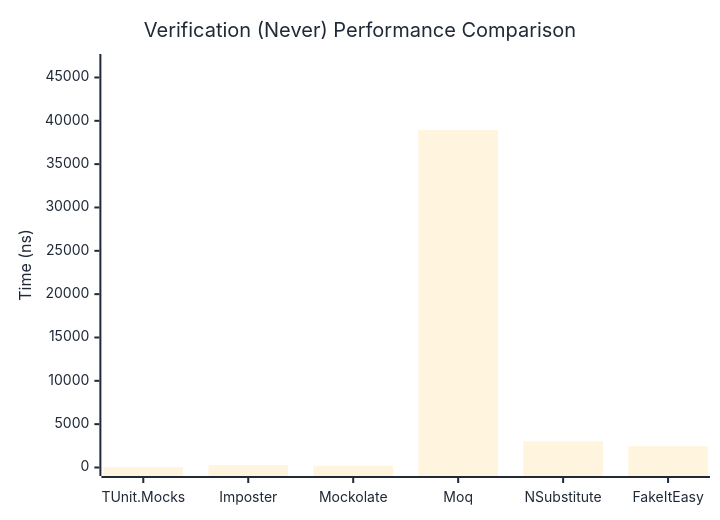
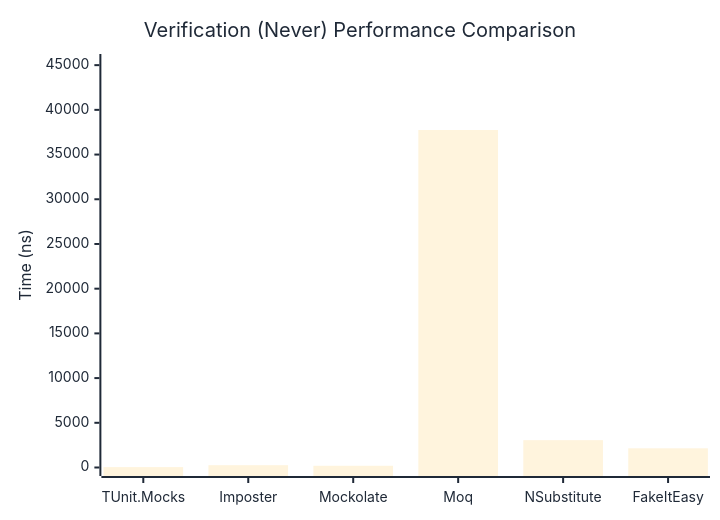
The second of 3 diagrams in docs/docs/benchmarks/mocks/Verification.md (thomhurst/TUnit), drawn with Mermaid before and after one commit. The commit also changed other lines of this file and 14 other files, not shown here.

````diff
--- a/docs/docs/benchmarks/mocks/Verification.md
+++ b/docs/docs/benchmarks/mocks/Verification.md
@@ -71,27 +71,27 @@
 ```mermaid
 %%{init: {
   'theme':'base',
   'themeVariables': {
     'primaryColor': '#2563eb',
     'primaryTextColor': '#1f2937',
     'primaryBorderColor': '#1e40af',
     'lineColor': '#6b7280',
     'secondaryColor': '#7c3aed',
     'tertiaryColor': '#dc2626',
     'background': '#ffffff',
     'pie1': '#2563eb',
     'pie2': '#7c3aed',
     'pie3': '#dc2626',
     'pie4': '#f59e0b',
     'pie5': '#10b981',
     'pie6': '#06b6d4',
     'pie7': '#ec4899',
     'pie8': '#6366f1'
   }
 }}%%
 xychart-beta
   title "Verification (Never) Performance Comparison"
   x-axis ["TUnit.Mocks", "Imposter", "Mockolate", "Moq", "NSubstitute", "FakeItEasy"]
-  y-axis "Time (ns)" 0 --> 46728
-  bar [47.65, 274.51, 210.22, 38939.23, 3021.31, 2468.5]
+  y-axis "Time (ns)" 0 --> 45296
+  bar [43.52, 259.31, 195.37, 37746.59, 3058.16, 2146.12]
 ```
````
